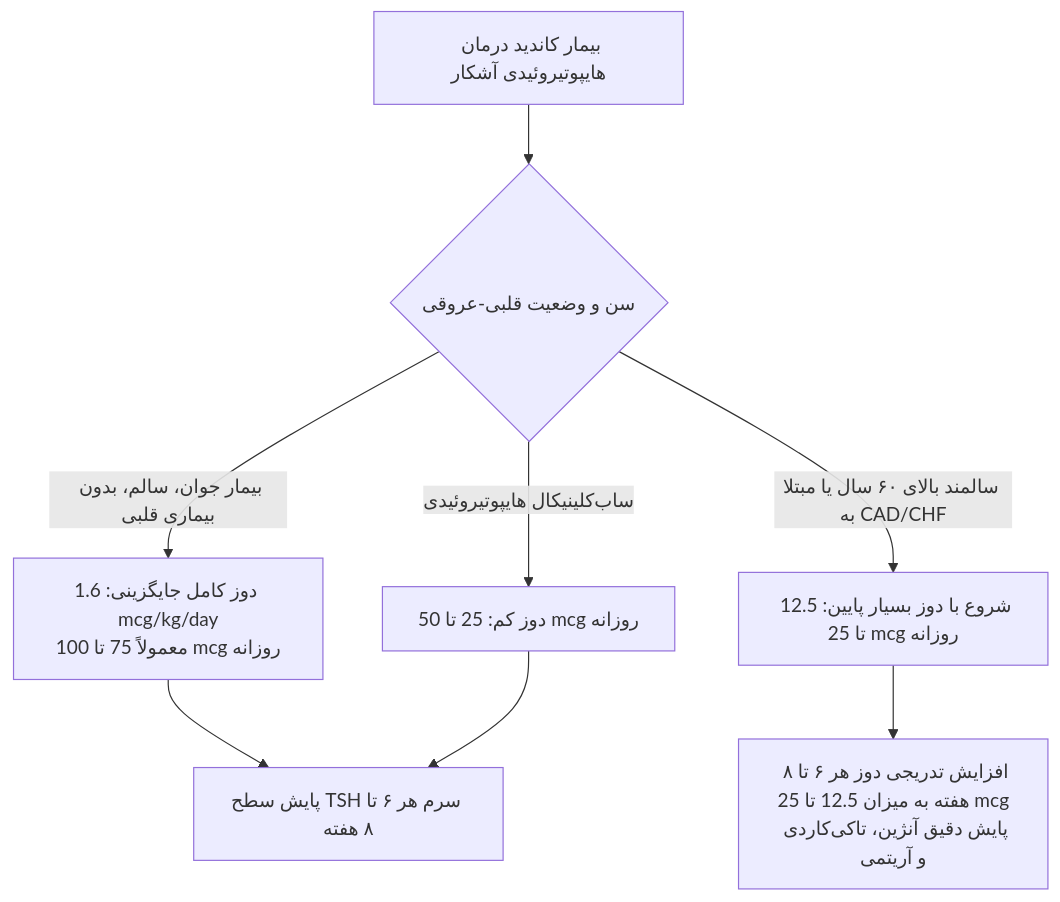
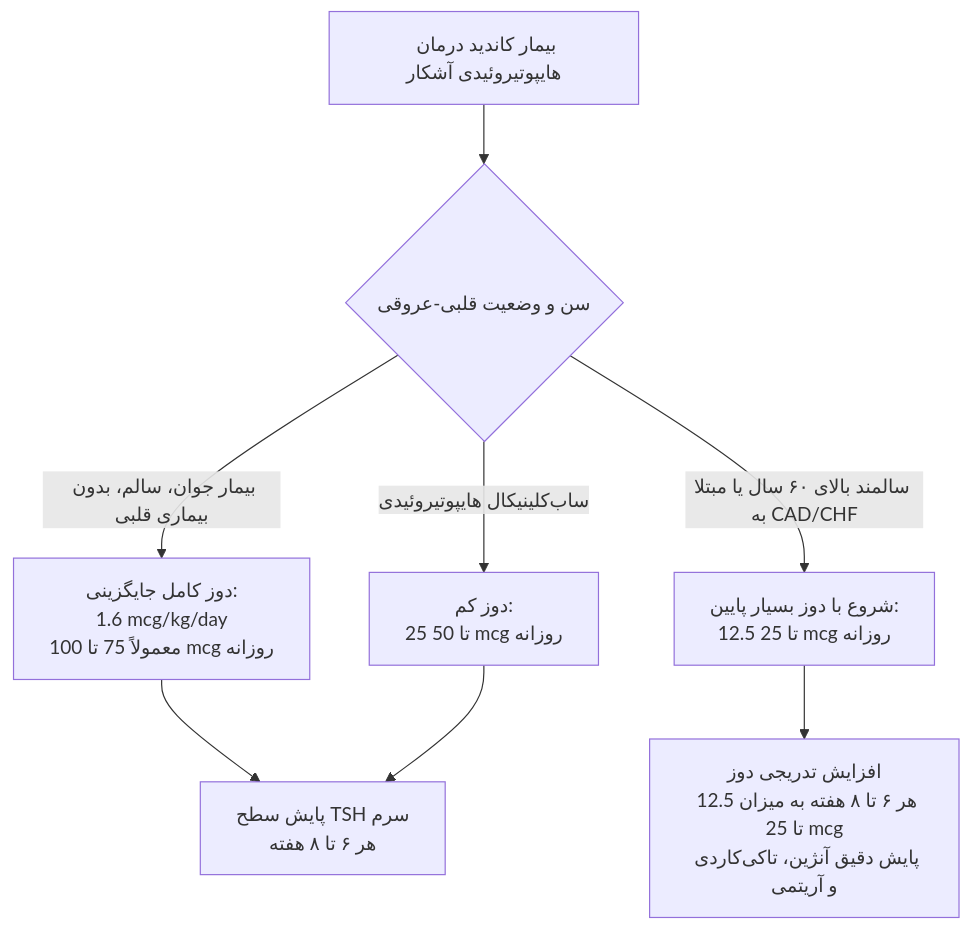
One commit to neopulse-hub/TUMS-1402-1-neo changed the sixth of 6 diagrams in 07/مبانی غدد/کم‌کاری تیروئید.md. Above: the diagram before and after it, drawn with Mermaid. The commit also changed other lines of this file, not shown here.

````diff
--- a/07/مبانی غدد/کم‌کاری تیروئید.md
+++ b/07/مبانی غدد/کم‌کاری تیروئید.md
@@ -271,12 +272,12 @@
 ```mermaid
 flowchart TD
     PtGroup[بیمار کاندید درمان هایپوتیروئیدی آشکار] --> AgeCardio{سن و وضعیت قلبی-عروقی}
     
-    AgeCardio -->|بیمار جوان، سالم، بدون بیماری قلبی| YoungDose[دوز کامل جایگزینی: 1.6 mcg/kg/day<br>معمولاً 75 تا 100 mcg روزانه]
-    AgeCardio -->|سالمند بالای ۶۰ سال یا مبتلا به CAD/CHF| OldDose[شروع با دوز بسیار پایین: 12.5 تا 25 mcg روزانه]
-    AgeCardio -->|ساب‌‌کلینیکال هایپوتیروئیدی| SubDose[دوز کم: 25 تا 50 mcg روزانه]
+    AgeCardio -->|بیمار جوان، سالم، بدون بیماری قلبی| YoungDose[دوز کامل جایگزینی:<br>1.6 mcg/kg/day<br>معمولاً 75 تا 100 mcg روزانه]
+    AgeCardio -->|سالمند بالای ۶۰ سال یا مبتلا به CAD/CHF| OldDose[شروع با دوز بسیار پایین:<br>12.5 تا 25 mcg روزانه]
+    AgeCardio -->|ساب‌‌کلینیکال هایپوتیروئیدی| SubDose[دوز کم:<br>25 تا 50 mcg روزانه]
     
-    OldDose --> TitrateSlow[افزایش تدریجی دوز هر ۶ تا ۸ هفته به میزان 12.5 تا 25 mcg<br>پایش دقیق آنژین، تاکی‌کاردی و آریتمی]
-    YoungDose --> TitrateNormal[پایش سطح TSH سرم هر ۶ تا ۸ هفته]
+    OldDose --> TitrateSlow[افزایش تدریجی دوز<br>هر ۶ تا ۸ هفته به میزان 12.5 تا 25 mcg<br>پایش دقیق آنژین، تاکی‌کاردی و آریتمی]
+    YoungDose --> TitrateNormal[پایش سطح TSH سرم<br>هر ۶ تا ۸ هفته]
     SubDose --> TitrateNormal
 ```
````
